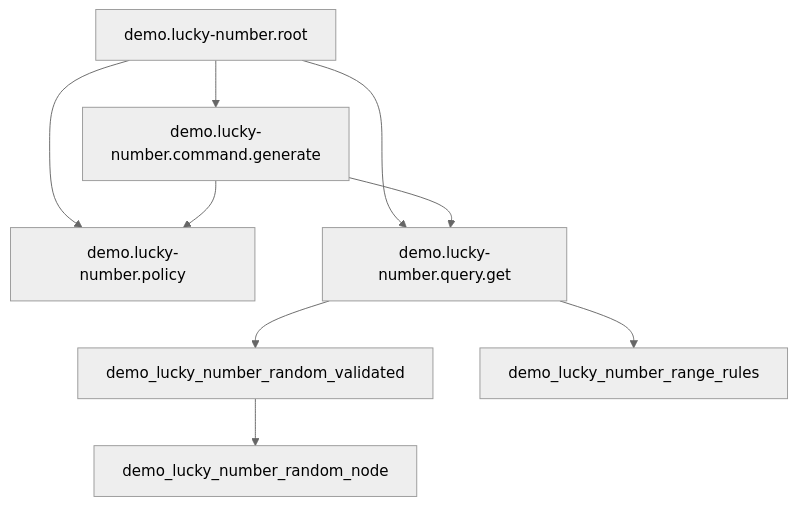
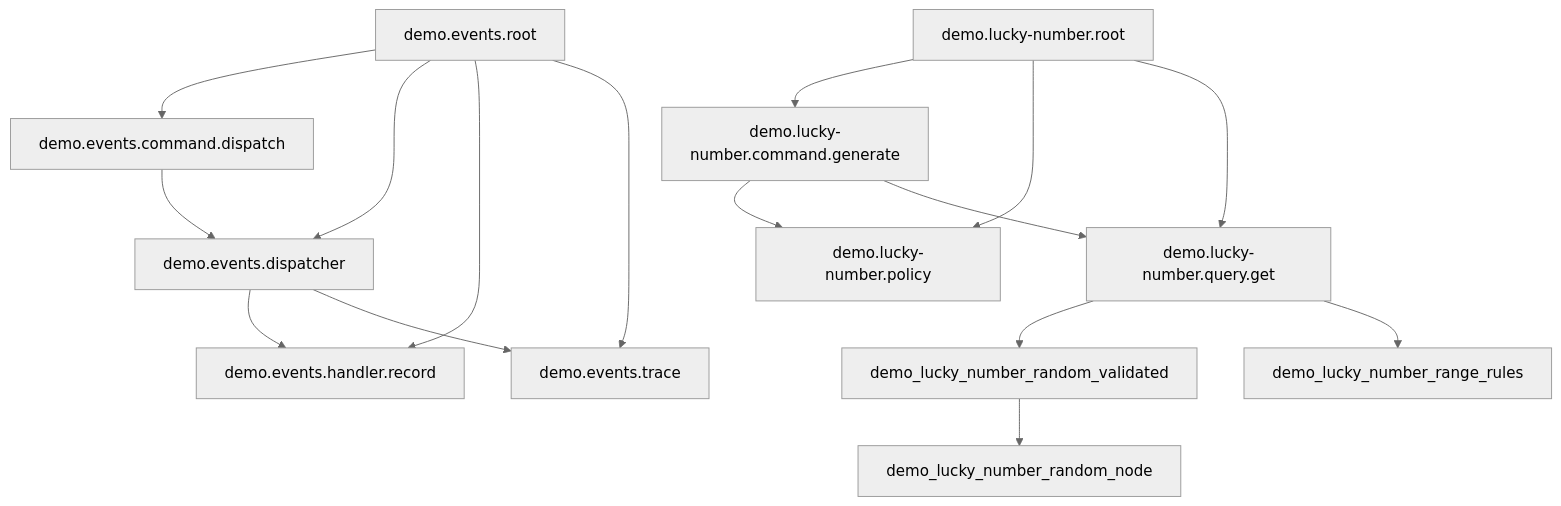
The diagram in apps/reference/docs/90-generated/composition/composition-graph.md (hornyakr/winzard), drawn with Mermaid (neutral theme) before and after one commit. The commit also changed other lines of this file and 106 other files, not shown here.

````diff
--- a/apps/reference/docs/90-generated/composition/composition-graph.md
+++ b/apps/reference/docs/90-generated/composition/composition-graph.md
@@ -9,11 +9,18 @@
 ```mermaid
 graph TD
+  demo_events_root["demo.events.root"] --> demo_events_command_dispatch["demo.events.command.dispatch"]
+  demo_events_root["demo.events.root"] --> demo_events_dispatcher["demo.events.dispatcher"]
+  demo_events_root["demo.events.root"] --> demo_events_handler_record["demo.events.handler.record"]
+  demo_events_root["demo.events.root"] --> demo_events_trace["demo.events.trace"]
   demo_lucky_number_root["demo.lucky-number.root"] --> demo_lucky_number_command_generate["demo.lucky-number.command.generate"]
   demo_lucky_number_root["demo.lucky-number.root"] --> demo_lucky_number_policy["demo.lucky-number.policy"]
   demo_lucky_number_root["demo.lucky-number.root"] --> demo_lucky_number_query_get["demo.lucky-number.query.get"]
+  demo_events_command_dispatch --> demo_events_dispatcher
+  demo_events_dispatcher --> demo_events_handler_record
+  demo_events_dispatcher --> demo_events_trace
   demo_lucky_number_command_generate --> demo_lucky_number_policy
   demo_lucky_number_command_generate --> demo_lucky_number_query_get
   demo_lucky_number_query_get --> demo_lucky_number_random_validated
   demo_lucky_number_query_get --> demo_lucky_number_range_rules
   demo_lucky_number_random_validated --> demo_lucky_number_random_node
 ```
````
